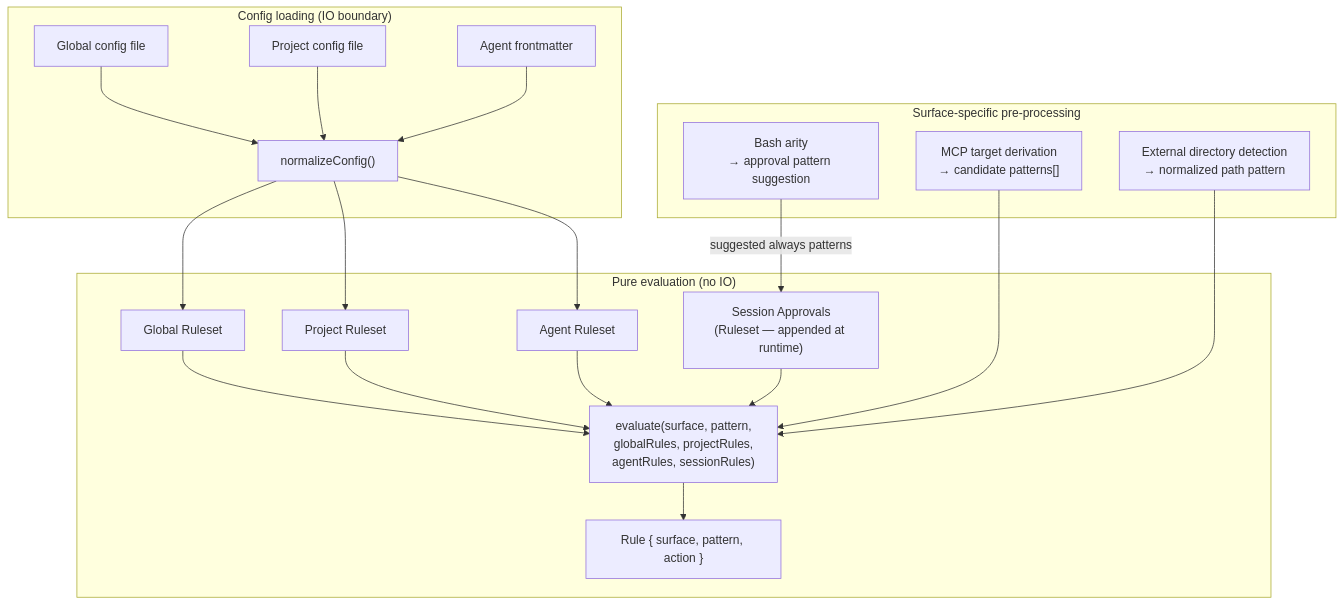
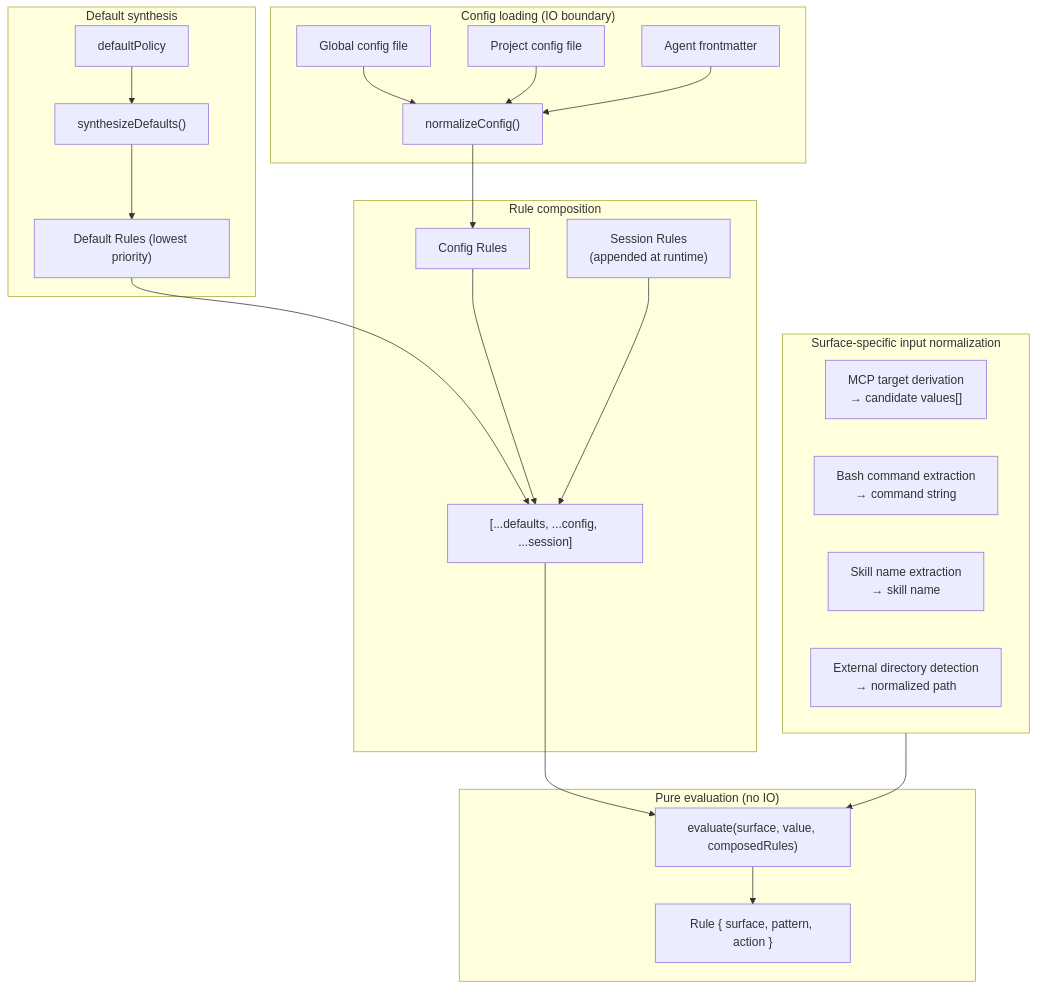
The first of 4 diagrams in docs/architecture/target-architecture.md (sycghj/pi-permission-system), drawn with Mermaid before and after one commit. The commit also changed other lines of this file and 1 other file, not shown here.

First line of the commit message:
docs: plan generalized session approvals and update target architecture (#51)

````diff
--- a/docs/architecture/target-architecture.md
+++ b/docs/architecture/target-architecture.md
@@ -59,35 +115,39 @@
 ```mermaid
 flowchart TD
     subgraph Load["Config loading (IO boundary)"]
         GF["Global config file"]
         PF["Project config file"]
         AF["Agent frontmatter"]
         GF --> Norm["normalizeConfig()"]
         PF --> Norm
         AF --> Norm
     end
 
-    Norm --> GR["Global Ruleset"]
-    Norm --> PR["Project Ruleset"]
-    Norm --> AR["Agent Ruleset"]
+    subgraph Defaults["Default synthesis"]
+        DP["defaultPolicy"] --> Synth["synthesizeDefaults()"]
+        Synth --> DR["Default Rules (lowest priority)"]
+    end
 
-    SA["Session Approvals<br/>(Ruleset — appended at runtime)"]
+    Norm --> CR["Config Rules"]
+    SA["Session Rules<br/>(appended at runtime)"]
+
+    subgraph Compose["Rule composition"]
+        DR --> Concat["[...defaults, ...config, ...session]"]
+        CR --> Concat
+        SA --> Concat
+    end
 
     subgraph Eval["Pure evaluation (no IO)"]
-        GR --> E["evaluate(surface, pattern,<br/>globalRules, projectRules,<br/>agentRules, sessionRules)"]
-        PR --> E
-        AR --> E
-        SA --> E
+        Concat --> E["evaluate(surface, value, composedRules)"]
         E --> Decision["Rule { surface, pattern, action }"]
     end
 
-    subgraph PreProcess["Surface-specific pre-processing"]
-        MCP["MCP target derivation<br/>→ candidate patterns[]"]
-        BA["Bash arity<br/>→ approval pattern suggestion"]
-        ED["External directory detection<br/>→ normalized path pattern"]
+    subgraph PreProcess["Surface-specific input normalization"]
+        MCP["MCP target derivation<br/>→ candidate values[]"]
+        Bash["Bash command extraction<br/>→ command string"]
+        Skill["Skill name extraction<br/>→ skill name"]
+        ExtDir["External directory detection<br/>→ normalized path"]
     end
 
-    MCP --> E
-    BA --> |"suggested always patterns"| SA
-    ED --> E
+    PreProcess --> E
 ```
````
